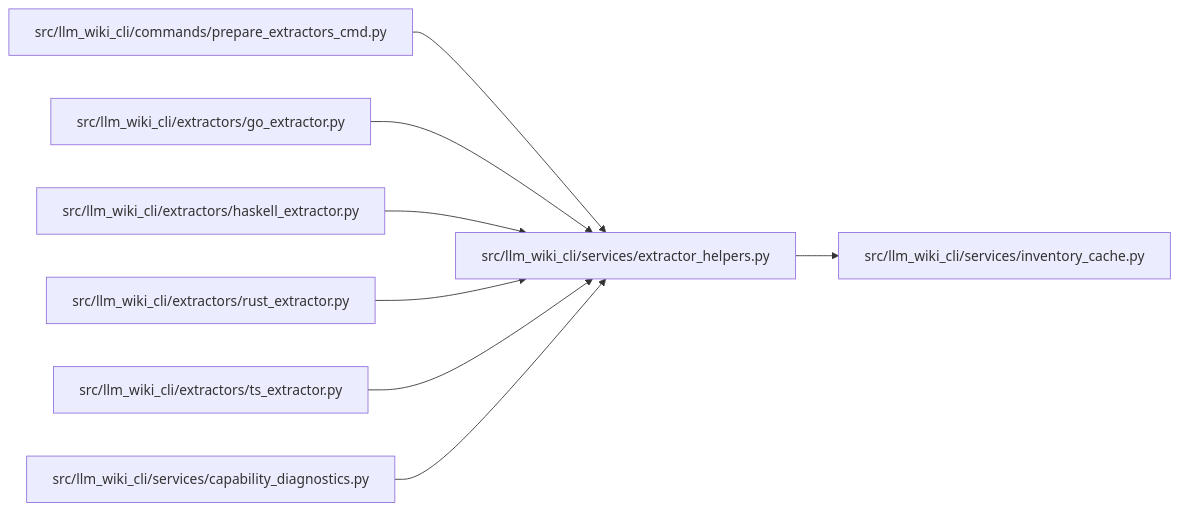
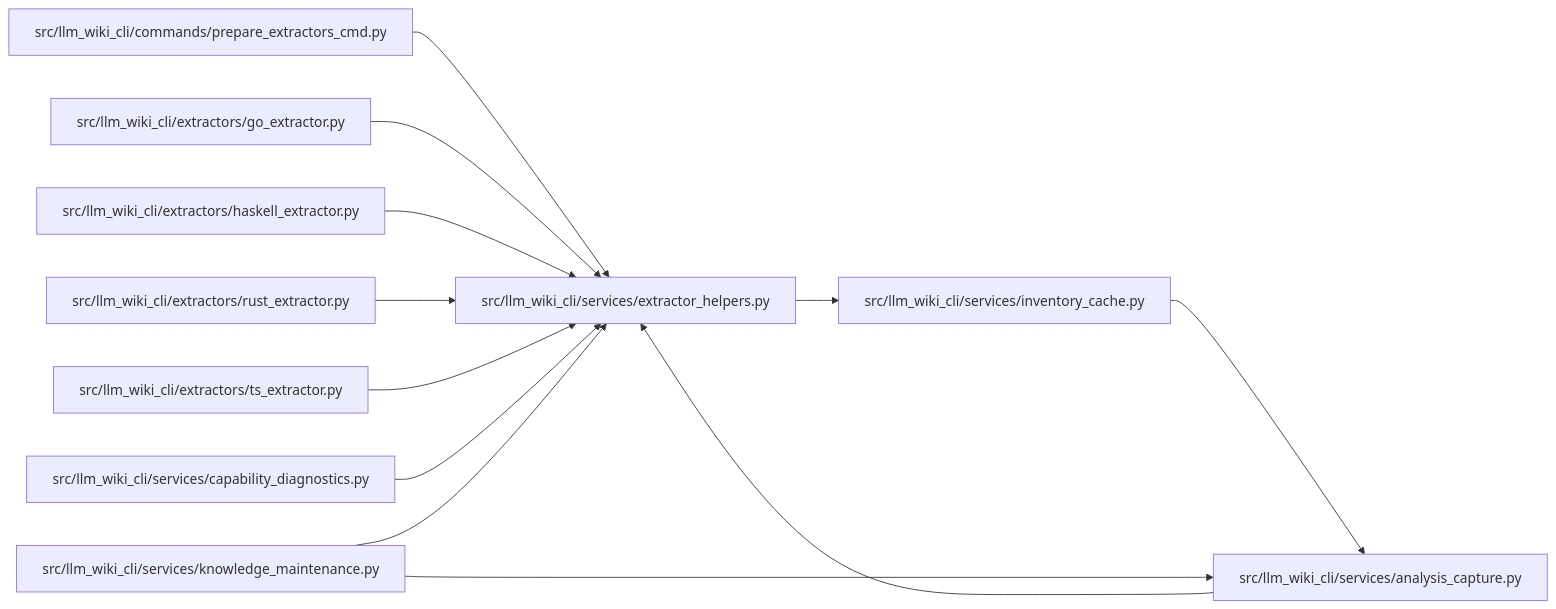
The diagram in docs/llm_wiki/modules/extractor_helpers.md (Denissvgn/python-wiki-llm), drawn with Mermaid before and after one commit. The commit also changed other lines of this file and 727 other files, not shown here.

````diff
--- a/docs/llm_wiki/modules/extractor_helpers.md
+++ b/docs/llm_wiki/modules/extractor_helpers.md
@@ -33,26 +33,34 @@
 ```mermaid
 flowchart LR
     n0["src/llm_wiki_cli/commands/prepare_extractors_cmd.py"]
     n1["src/llm_wiki_cli/extractors/go_extractor.py"]
     n2["src/llm_wiki_cli/extractors/haskell_extractor.py"]
     n3["src/llm_wiki_cli/extractors/rust_extractor.py"]
     n4["src/llm_wiki_cli/extractors/ts_extractor.py"]
-    n5["src/llm_wiki_cli/services/capability_diagnostics.py"]
-    n6["src/llm_wiki_cli/services/extractor_helpers.py"]
-    n7["src/llm_wiki_cli/services/inventory_cache.py"]
-    n0 --> n6
-    n1 --> n6
-    n2 --> n6
-    n3 --> n6
-    n4 --> n6
-    n5 --> n6
+    n5["src/llm_wiki_cli/services/analysis_capture.py"]
+    n6["src/llm_wiki_cli/services/capability_diagnostics.py"]
+    n7["src/llm_wiki_cli/services/extractor_helpers.py"]
+    n8["src/llm_wiki_cli/services/inventory_cache.py"]
+    n9["src/llm_wiki_cli/services/knowledge_maintenance.py"]
+    n0 --> n7
+    n1 --> n7
+    n2 --> n7
+    n3 --> n7
+    n4 --> n7
+    n5 --> n7
     n6 --> n7
+    n7 --> n8
+    n8 --> n5
+    n9 --> n5
+    n9 --> n7
     click n0 "../modules/prepare_extractors_cmd.md"
     click n1 "../modules/go_extractor.md"
     click n2 "../modules/haskell_extractor.md"
     click n3 "../modules/rust_extractor.md"
     click n4 "../modules/ts_extractor.md"
-    click n5 "../modules/capability_diagnostics.md"
-    click n6 "../modules/extractor_helpers.md"
-    click n7 "../modules/inventory_cache.md"
+    click n5 "../modules/analysis_capture.md"
+    click n6 "../modules/capability_diagnostics.md"
+    click n7 "../modules/extractor_helpers.md"
+    click n8 "../modules/inventory_cache.md"
+    click n9 "../modules/knowledge_maintenance.md"
 ```
````
